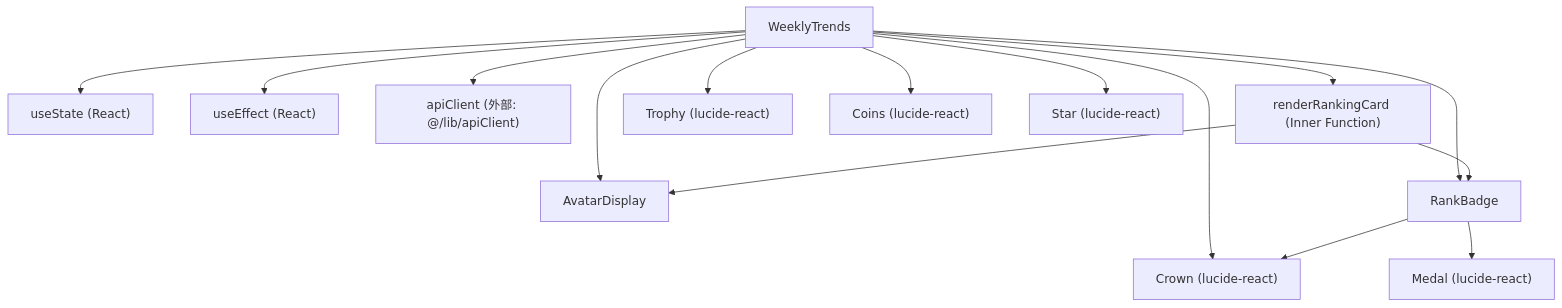
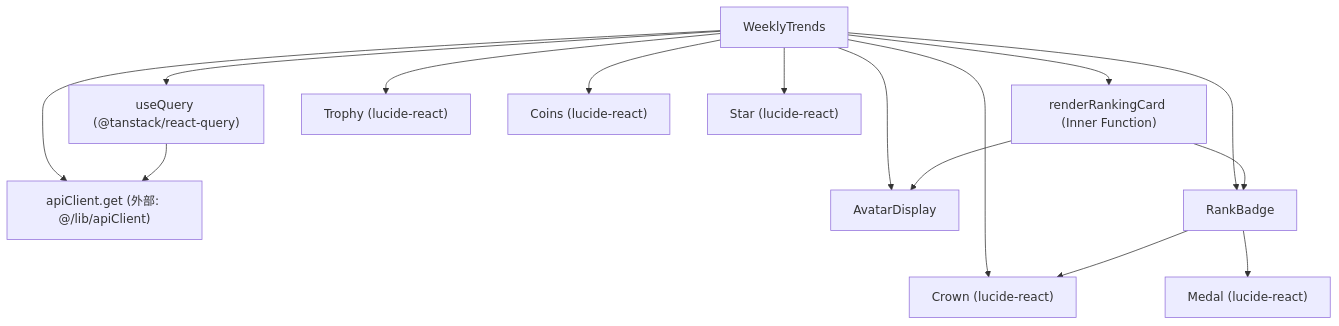
One commit to mmtigers/my_python_project changed the second of 2 diagrams in docs/specifications/family-quest/src/features/family/components/WeeklyTrends.md. Above: the diagram before and after it, drawn with Mermaid. The commit also changed other lines of this file and 7 other files, not shown here.

````diff
--- a/docs/specifications/family-quest/src/features/family/components/WeeklyTrends.md
+++ b/docs/specifications/family-quest/src/features/family/components/WeeklyTrends.md
@@ -178,22 +186,22 @@
 ```mermaid
 graph TD
-    WeeklyTrends["WeeklyTrends"] --> useState["useState (React)"]
-    WeeklyTrends --> useEffect["useEffect (React)"]
-    WeeklyTrends --> apiClient["apiClient (外部: @/lib/apiClient)"]
-    
+    WeeklyTrends["WeeklyTrends"] --> useQuery["useQuery (@tanstack/react-query)"]
+    WeeklyTrends --> apiClient["apiClient.get (外部: @/lib/apiClient)"]
+    useQuery --> apiClient
+
     WeeklyTrends --> AvatarDisplay["AvatarDisplay"]
     WeeklyTrends --> RankBadge["RankBadge"]
     WeeklyTrends --> renderRankingCard["renderRankingCard (Inner Function)"]
     
     renderRankingCard --> AvatarDisplay
     renderRankingCard --> RankBadge
     
     WeeklyTrends --> Trophy["Trophy (lucide-react)"]
     WeeklyTrends --> Crown["Crown (lucide-react)"]
     WeeklyTrends --> Coins["Coins (lucide-react)"]
     WeeklyTrends --> Star["Star (lucide-react)"]
     
     RankBadge --> Crown
     RankBadge --> Medal["Medal (lucide-react)"]
 
 ```
````
